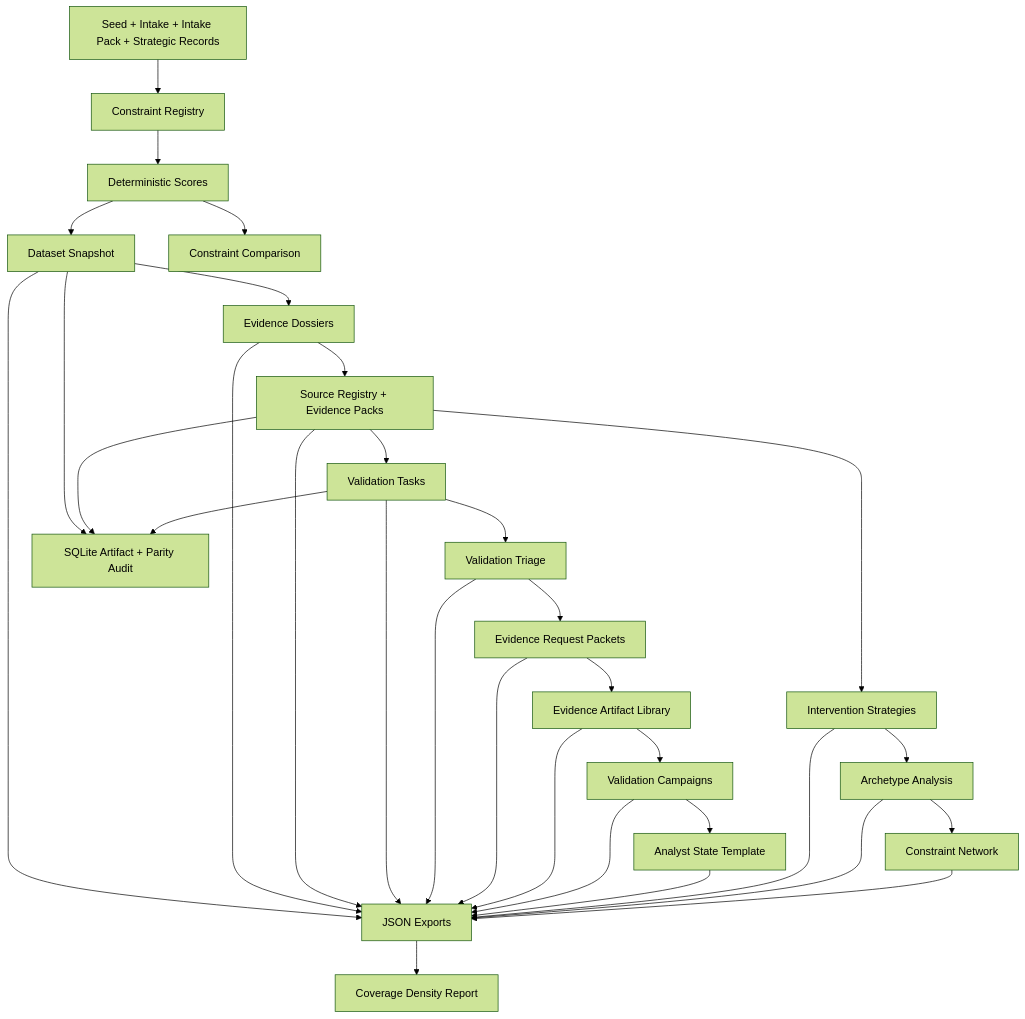
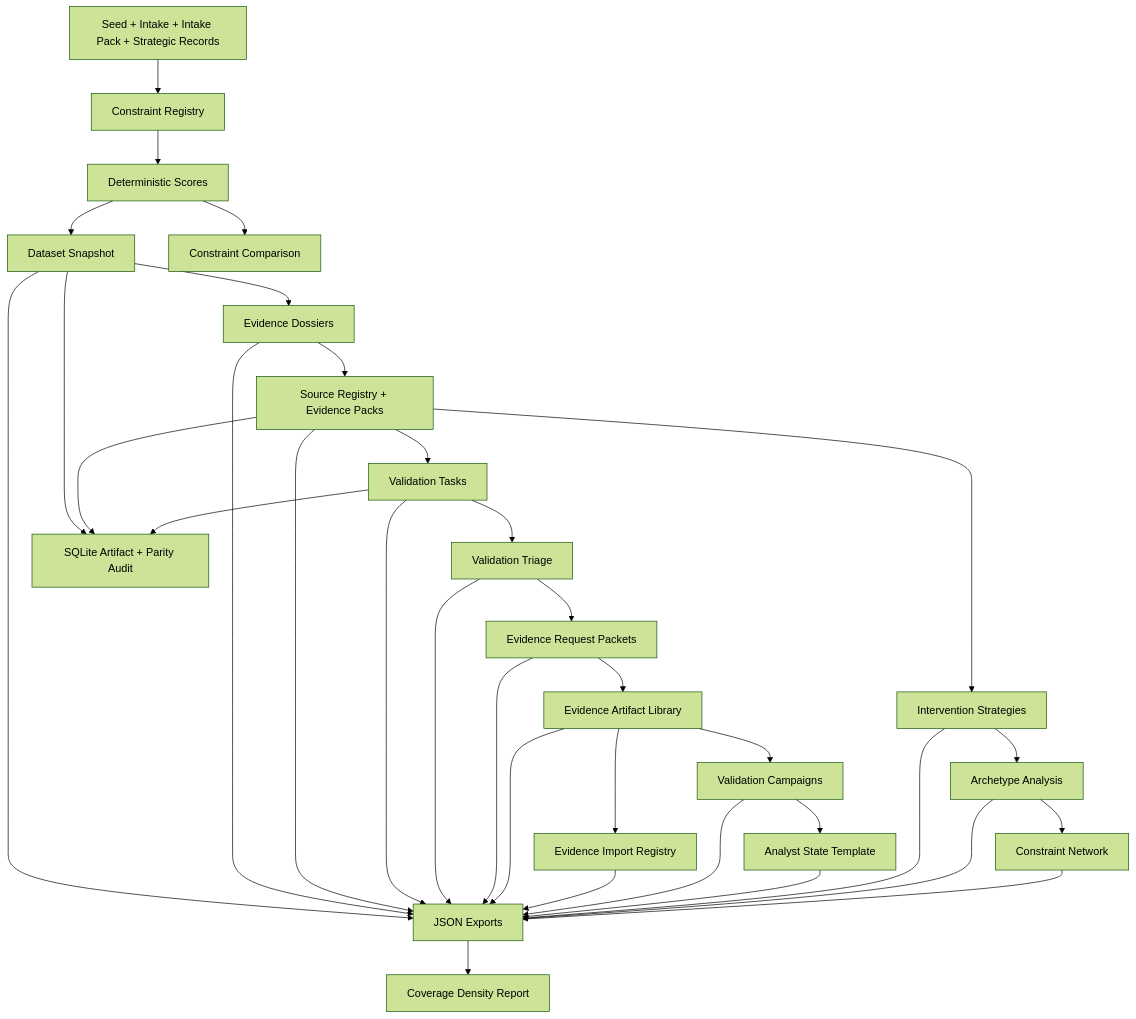
One commit to EtherTabu/economic-x-ray-vision changed the diagram in docs/DATA_PIPELINE.md. Above: the diagram before and after it, drawn with Mermaid (forest theme). The commit also changed other lines of this file and 11 other files, not shown here.

Commit message:
Add evidence import contract

````diff
--- a/docs/DATA_PIPELINE.md
+++ b/docs/DATA_PIPELINE.md
@@ -24,34 +36,36 @@
 ```mermaid
 flowchart TD
   A["Seed + Intake + Intake Pack + Strategic Records"] --> B["Constraint Registry"]
   B --> C["Deterministic Scores"]
   C --> D["Dataset Snapshot"]
   D --> E["Evidence Dossiers"]
   E --> F["Source Registry + Evidence Packs"]
   F --> G["Validation Tasks"]
   G --> H["Validation Triage"]
   H --> I["Evidence Request Packets"]
   I --> Q["Evidence Artifact Library"]
+  Q --> T["Evidence Import Registry"]
   Q --> J["Validation Campaigns"]
   J --> R["Analyst State Template"]
   F --> K["Intervention Strategies"]
   K --> L["Archetype Analysis"]
   L --> M["Constraint Network"]
   C --> N["Constraint Comparison"]
   D --> O["SQLite Artifact + Parity Audit"]
   F --> O
   G --> O
   D --> P["JSON Exports"]
   E --> P
   F --> P
   G --> P
   H --> P
   I --> P
   Q --> P
+  T --> P
   J --> P
   R --> P
   K --> P
   L --> P
   M --> P
   P --> S["Coverage Density Report"]
 ```
````
